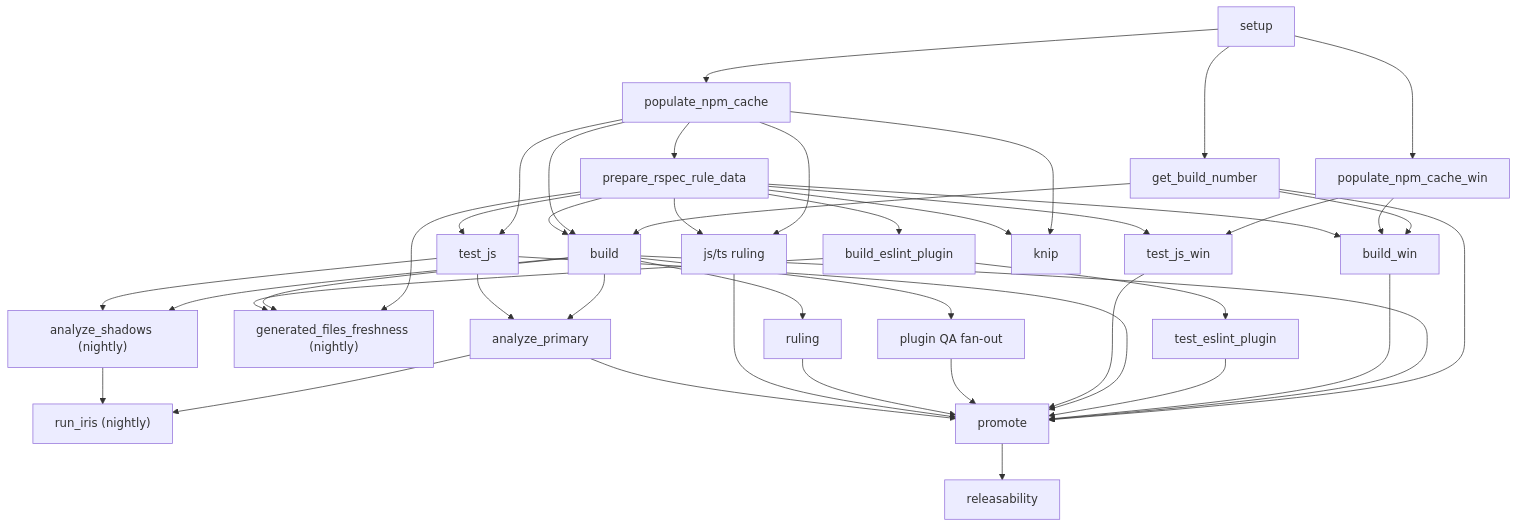
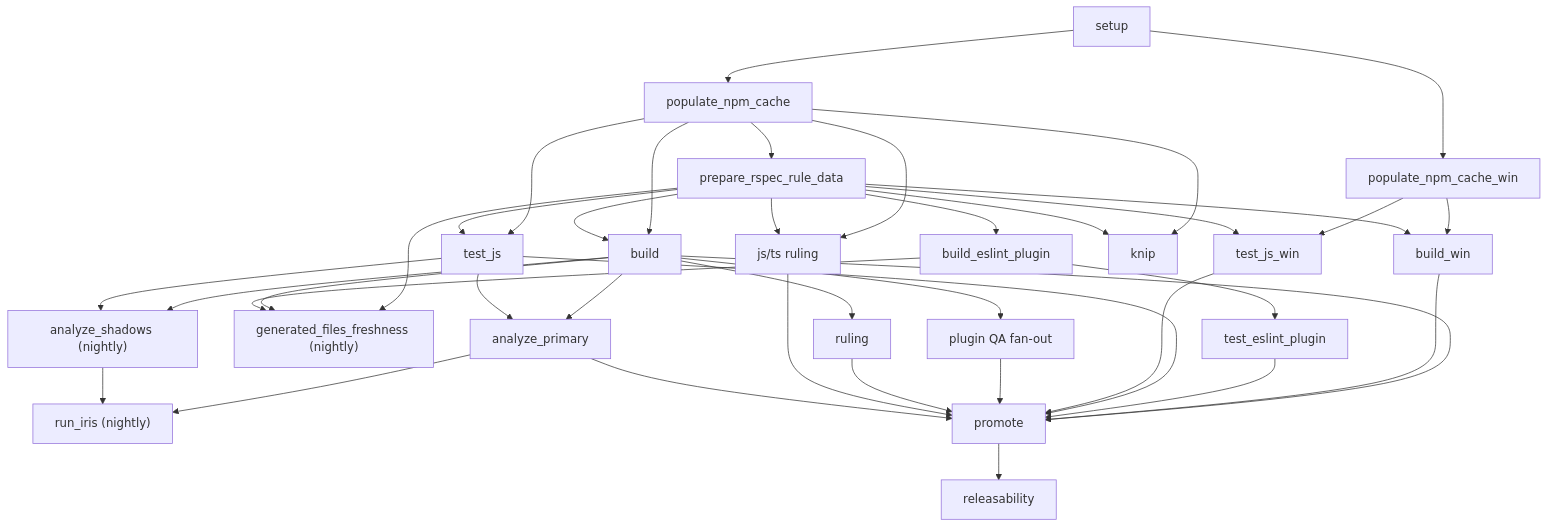
Before and after one commit to SonarSource/SonarJS: the first of 4 diagrams in docs/CI.md, drawn with Mermaid. The commit also changed other lines of this file and 1 other file, not shown here.

````diff
--- a/docs/CI.md
+++ b/docs/CI.md
@@ -87,57 +87,53 @@
 ```mermaid
 flowchart TD
-  A["setup"] --> B["get_build_number"]
-  A --> C["populate_npm_cache"]
+  A["setup"] --> C["populate_npm_cache"]
   A --> D["populate_npm_cache_win"]
   C --> E["prepare_rspec_rule_data"]
 
-  B --> F["build"]
-  C --> F
+  C --> F["build"]
   E --> F
 
-  B --> G["build_win"]
-  D --> G
+  D --> G["build_win"]
   E --> G
 
   E --> H["build_eslint_plugin"]
   H --> I["test_eslint_plugin"]
 
   C --> J["test_js"]
   E --> J
 
   D --> K["test_js_win"]
   E --> K
 
   C --> L["knip"]
   E --> L
 
   E --> M
   F --> M
   H --> M["generated_files_freshness (nightly)"]
 
   F --> N["plugin QA fan-out"]
   F --> O["ruling"]
   C --> P["js/ts ruling"]
   E --> P
 
   F --> Q["analyze_primary"]
   J --> Q
   F --> R["analyze_shadows (nightly)"]
   J --> R
 
   Q --> S["run_iris (nightly)"]
   R --> S
 
-  B --> T["promote"]
-  F --> T
+  F --> T["promote"]
   G --> T
   I --> T
   J --> T
   K --> T
   N --> T
   O --> T
   P --> T
   Q --> T
 
   T --> U["releasability"]
 ```
````
